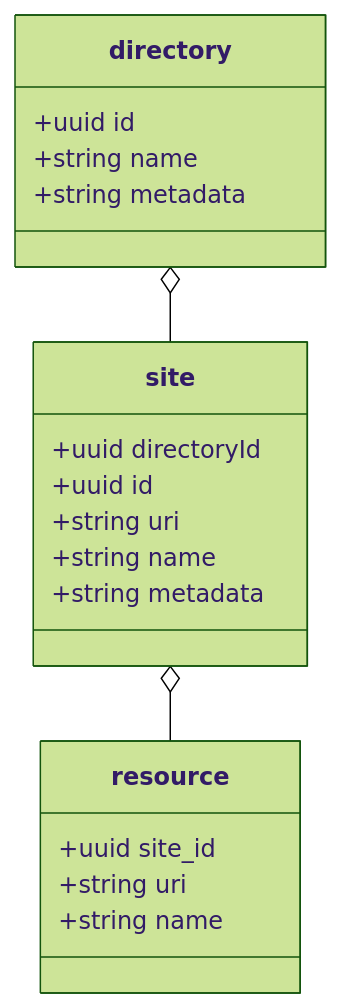
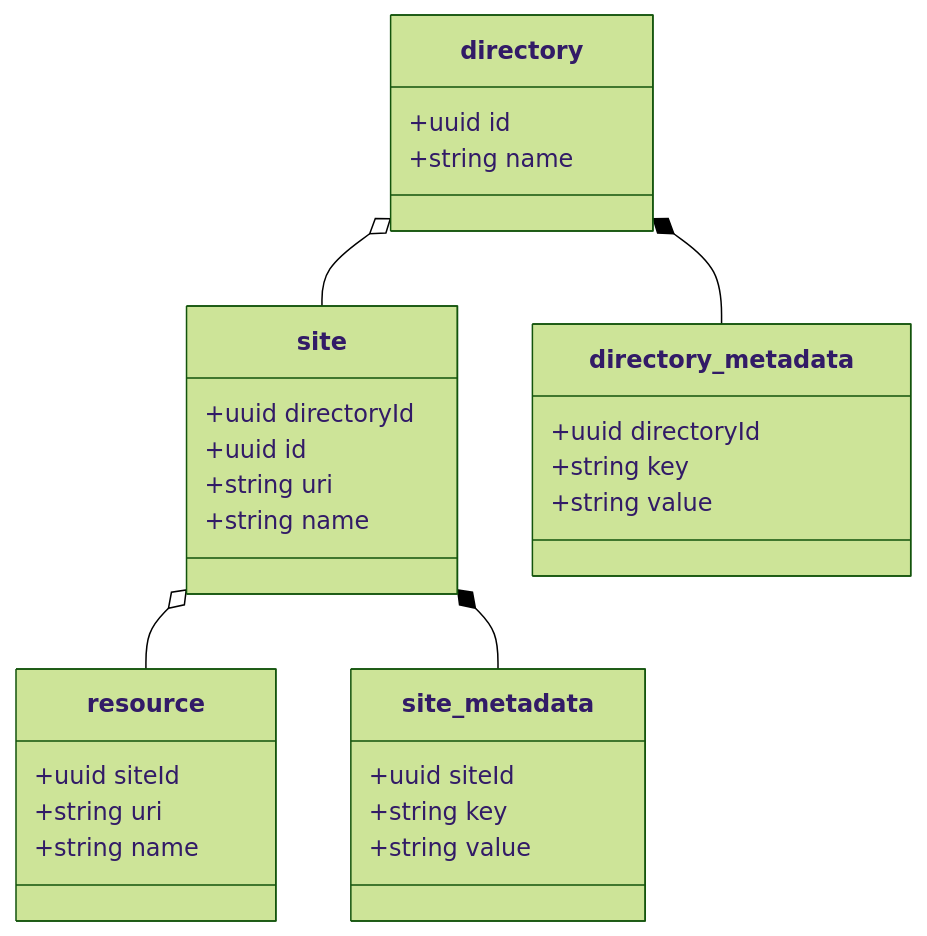
The diagram in design.md (mkyutani/sitewatcher2), drawn with Mermaid (forest theme) before and after one commit. The commit also changed 6 other files, not shown here.

Commit message:
New directory metadata implementation

````diff
--- a/design.md
+++ b/design.md
@@ -5,22 +5,32 @@
 ```mermaid
 classDiagram
   directory o-- site
   site o-- resource
+  directory *-- directory_metadata
+  site *-- site_metadata
   class directory {
     +uuid id
     +string name
-    +string metadata
   }
   class site {
     +uuid directoryId
     +uuid id
     +string uri
     +string name
-    +string metadata
   }
   class resource {
-    +uuid site_id
+    +uuid siteId
     +string uri
     +string name
   }
+  class directory_metadata {
+    +uuid directoryId
+    +string key
+    +string value
+  }
+  class site_metadata {
+    +uuid siteId
+    +string key
+    +string value
+  }
 ```
````
